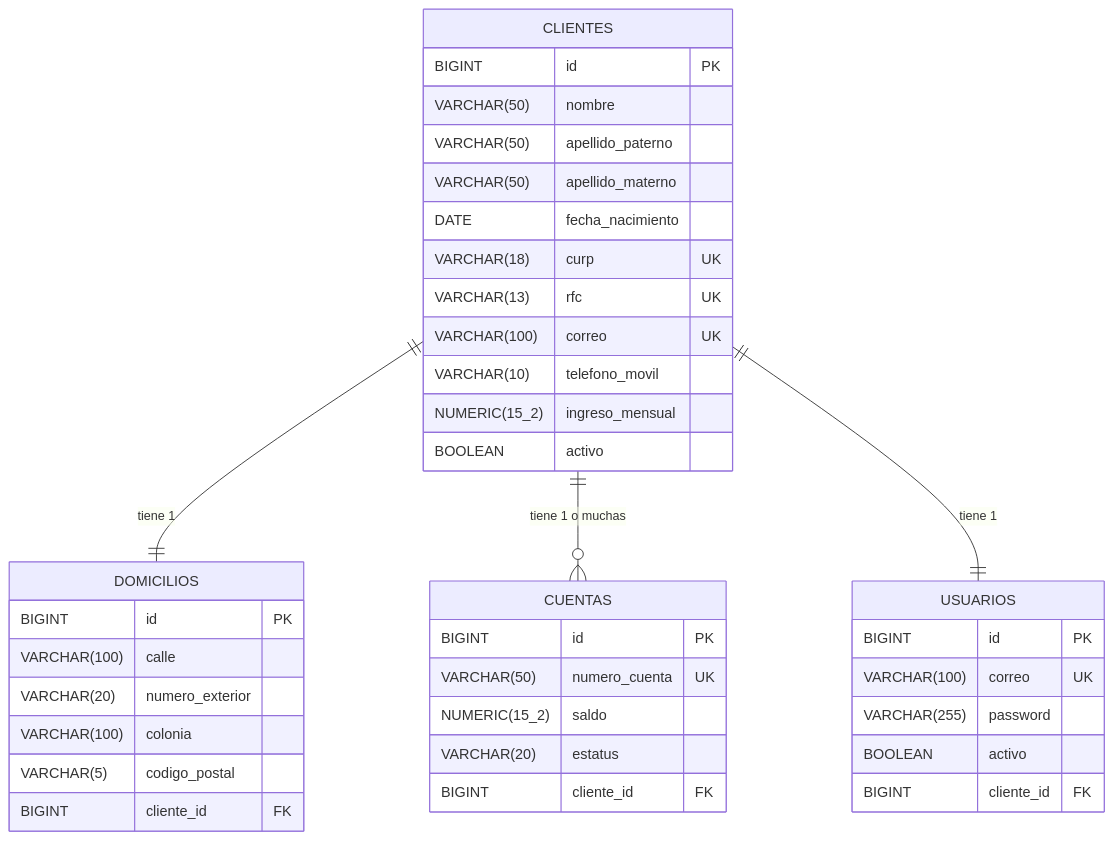
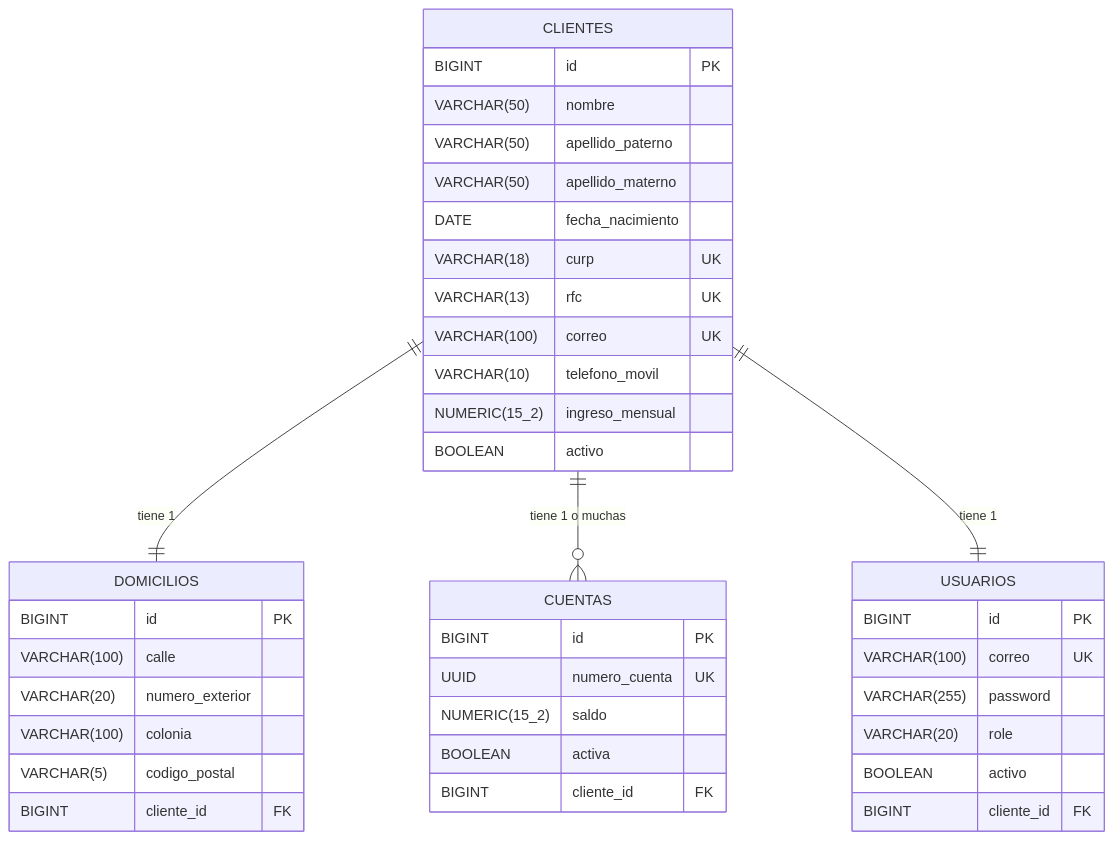
One commit to AURYSS/microservicio-usuarios-gestopago changed the diagram in README.md. Above: the diagram before and after it, drawn with Mermaid. The commit also changed other lines of this file, not shown here.

````diff
--- a/README.md
+++ b/README.md
@@ -26,45 +11,46 @@
 ```mermaid
 erDiagram
     CLIENTES ||--|| DOMICILIOS : "tiene 1"
     CLIENTES ||--o{ CUENTAS : "tiene 1 o muchas"
     CLIENTES ||--|| USUARIOS : "tiene 1"
 
     CLIENTES {
         BIGINT id PK
         VARCHAR(50) nombre
         VARCHAR(50) apellido_paterno
         VARCHAR(50) apellido_materno
         DATE fecha_nacimiento
         VARCHAR(18) curp UK
         VARCHAR(13) rfc UK
         VARCHAR(100) correo UK
         VARCHAR(10) telefono_movil
         NUMERIC(15_2) ingreso_mensual
         BOOLEAN activo
     }
 
     DOMICILIOS {
         BIGINT id PK
         VARCHAR(100) calle
         VARCHAR(20) numero_exterior
         VARCHAR(100) colonia
         VARCHAR(5) codigo_postal
         BIGINT cliente_id FK
     }
 
     CUENTAS {
         BIGINT id PK
-        VARCHAR(50) numero_cuenta UK
+        UUID numero_cuenta UK
         NUMERIC(15_2) saldo
-        VARCHAR(20) estatus
+        BOOLEAN activa
         BIGINT cliente_id FK
     }
 
     USUARIOS {
         BIGINT id PK
         VARCHAR(100) correo UK
         VARCHAR(255) password
+        VARCHAR(20) role
         BOOLEAN activo
         BIGINT cliente_id FK
     }
 ```
````
